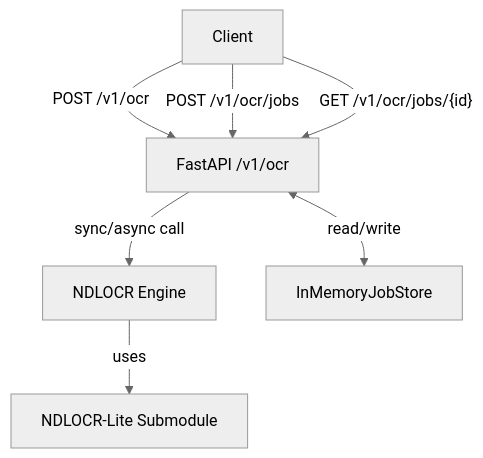
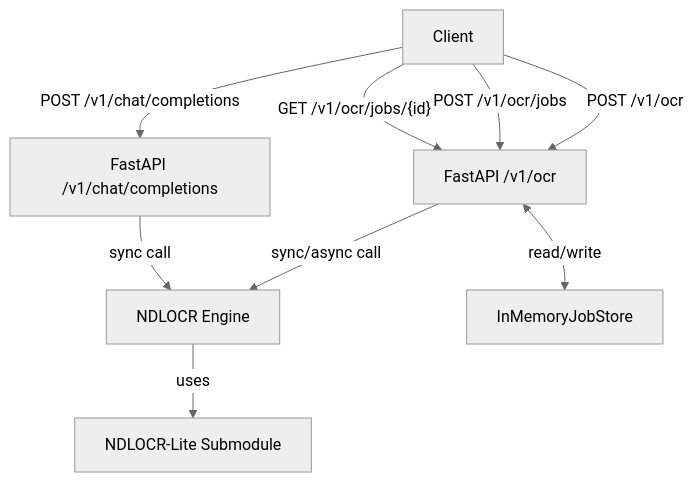
The first of 5 diagrams in docs/architecture.md (chottokun/api-ndlocr-lite), drawn with Mermaid (neutral theme) before and after one commit. The commit also changed other lines of this file and 2 other files, not shown here.

Commit message:
docs: PR #47 のマージに伴う新機能（OpenAI互換 Vision API、新スキーマフィールド等）の説明とデータフローのドキュメント追記

````diff
--- a/docs/architecture.md
+++ b/docs/architecture.md
@@ -20,17 +20,20 @@
 ```mermaid
 graph TD
     Client[Client]
     API[FastAPI /v1/ocr]
+    API_OAI[FastAPI /v1/chat/completions]
     Engine[NDLOCR Engine]
     Sub[NDLOCR-Lite Submodule]
     JS[InMemoryJobStore]
 
     Client -->|POST /v1/ocr| API
     Client -->|POST /v1/ocr/jobs| API
     Client -->|"GET /v1/ocr/jobs/{id}"| API
+    Client -->|POST /v1/chat/completions| API_OAI
 
     API -->|sync/async call| Engine
+    API_OAI -->|sync call| Engine
     API <-->|read/write| JS
 
     Engine -->|uses| Sub
 ```
````
